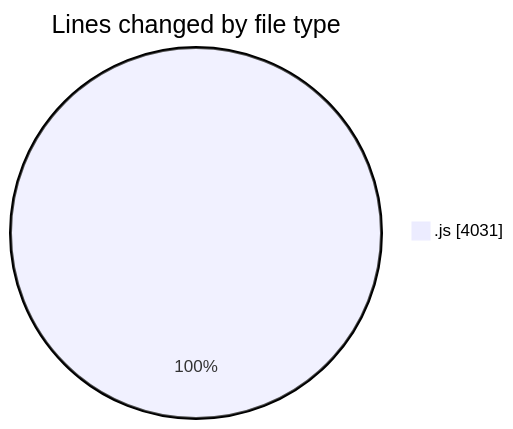
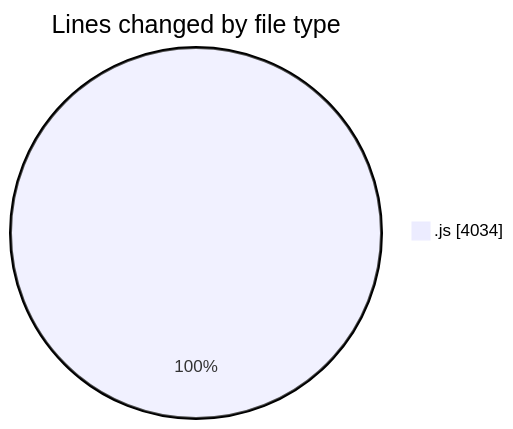
Before and after one commit to nxtqubesakshisongat/code-tracking: the first of 2 diagrams in 2025-10-15/nxtqube_webapp/README.md, drawn with Mermaid. The commit also changed other lines of this file and 1 other file, not shown here.

````diff
--- a/2025-10-15/nxtqube_webapp/README.md
+++ b/2025-10-15/nxtqube_webapp/README.md
@@ -21,5 +21,5 @@
 ```mermaid
 pie showData
 title Lines changed by file type
-".js" : 4031
+".js" : 4034
 ```
````
